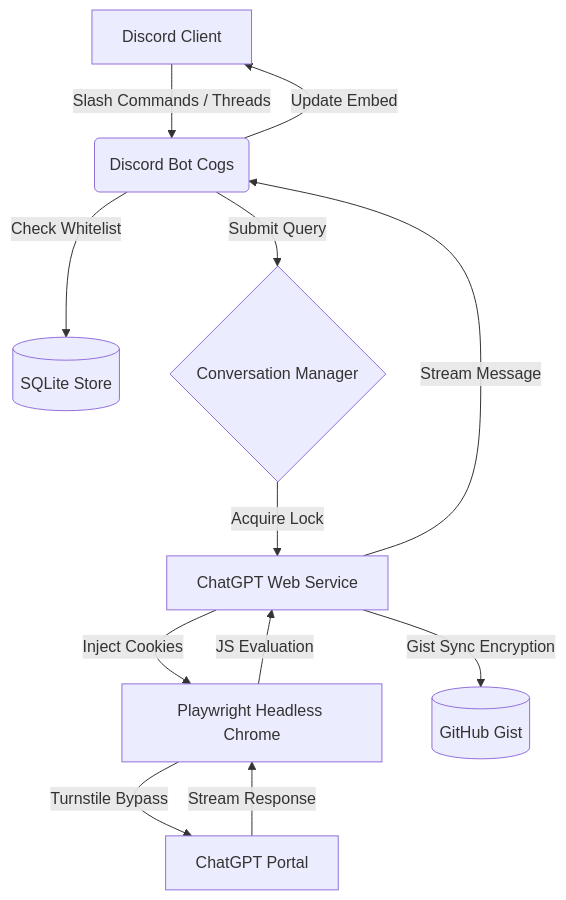
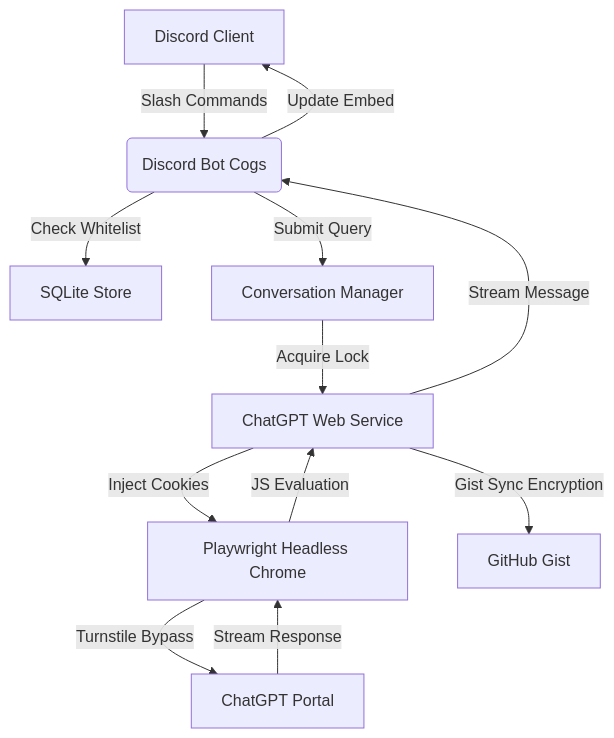
Before and after one commit to keepsloading/Boundier-bot: the diagram in README.md, drawn with Mermaid.

Commit message:
docs: fix Mermaid diagram syntax to bypass GitHub rendering bug

````diff
--- a/README.md
+++ b/README.md
@@ -41,14 +41,14 @@
 ```mermaid
 graph TD
-    A[Discord Client] -->|Slash Commands / Threads| B(Discord Bot Cogs)
-    B -->|Check Whitelist| H[(SQLite Store)]
-    B -->|Submit Query| C{Conversation Manager}
+    A[Discord Client] -->|Slash Commands| B(Discord Bot Cogs)
+    B -->|Check Whitelist| H[SQLite Store]
+    B -->|Submit Query| C[Conversation Manager]
     C -->|Acquire Lock| E[ChatGPT Web Service]
     E -->|Inject Cookies| F[Playwright Headless Chrome]
     F -->|Turnstile Bypass| G[ChatGPT Portal]
     G -->|Stream Response| F
     F -->|JS Evaluation| E
-    E -->|Gist Sync Encryption| I[(GitHub Gist)]
+    E -->|Gist Sync Encryption| I[GitHub Gist]
     E -->|Stream Message| B
     B -->|Update Embed| A
 ```
````
